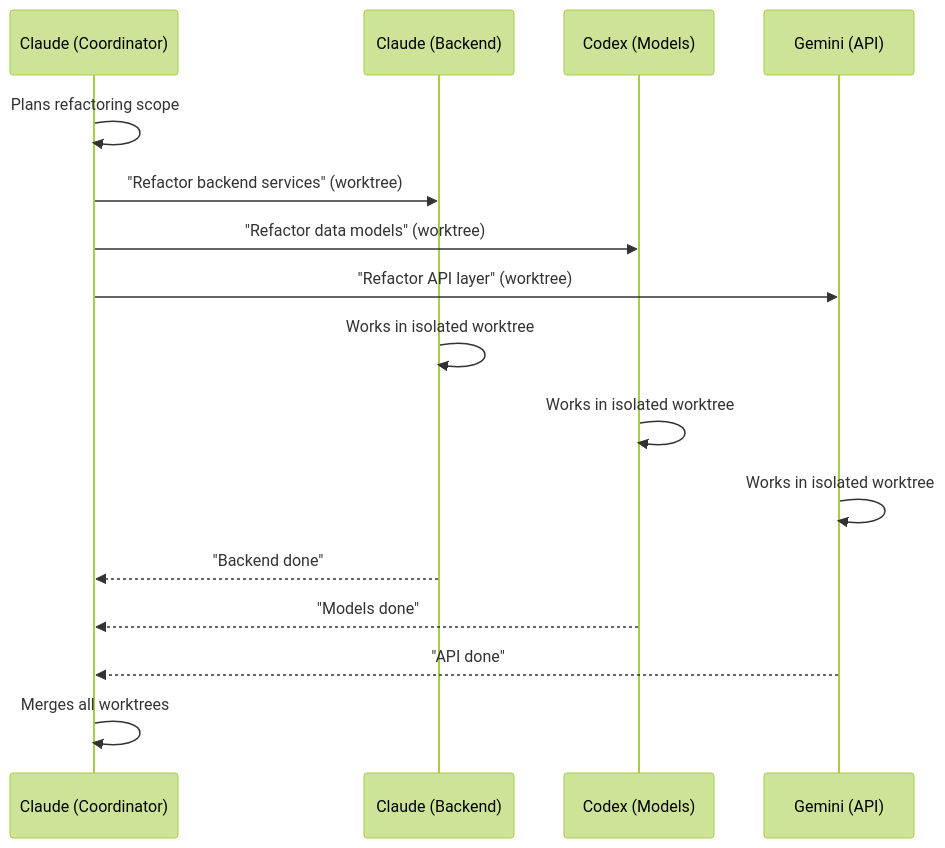
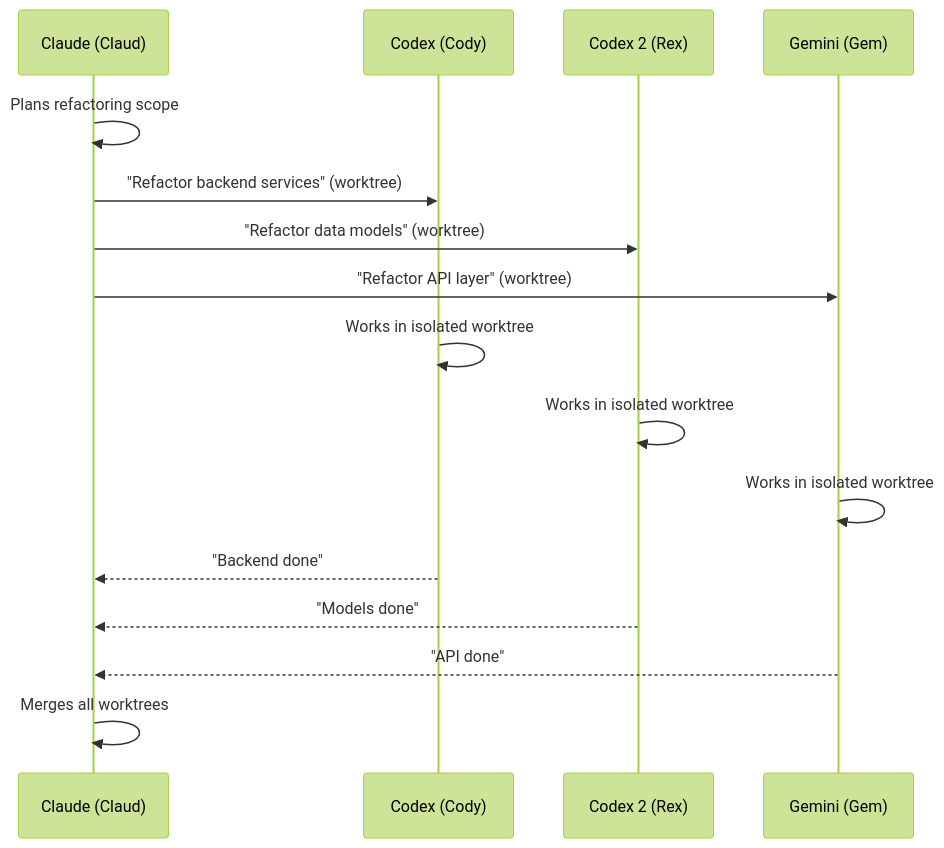
Before and after one commit to s-hiraoku/synapse-a2a: the fourth of 8 diagrams in site-docs/guide/cross-agent-scenarios.md, drawn with Mermaid (forest theme). The commit also changed other lines of this file and 32 other files, not shown here.

````diff
--- a/site-docs/guide/cross-agent-scenarios.md
+++ b/site-docs/guide/cross-agent-scenarios.md
@@ -273,19 +273,19 @@
 ```mermaid
 sequenceDiagram
-    participant Manager as Claude (Coordinator)
-    participant C1 as Claude (Backend)
-    participant Codex as Codex (Models)
-    participant Gemini as Gemini (API)
+    participant Manager as Claude (Claud)
+    participant C1 as Codex (Cody)
+    participant C2 as Codex 2 (Rex)
+    participant Gemini as Gemini (Gem)
 
     Manager->>Manager: Plans refactoring scope
     Manager->>C1: "Refactor backend services" (worktree)
-    Manager->>Codex: "Refactor data models" (worktree)
+    Manager->>C2: "Refactor data models" (worktree)
     Manager->>Gemini: "Refactor API layer" (worktree)
     C1->>C1: Works in isolated worktree
-    Codex->>Codex: Works in isolated worktree
+    C2->>C2: Works in isolated worktree
     Gemini->>Gemini: Works in isolated worktree
     C1-->>Manager: "Backend done"
-    Codex-->>Manager: "Models done"
+    C2-->>Manager: "Models done"
     Gemini-->>Manager: "API done"
     Manager->>Manager: Merges all worktrees
 ```
````
